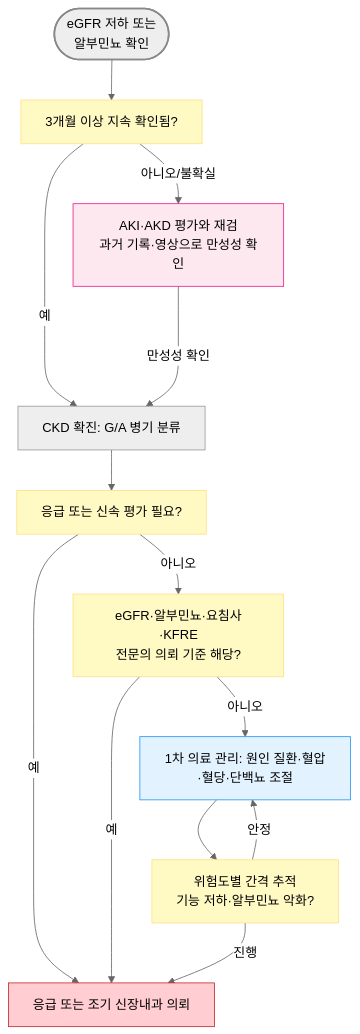
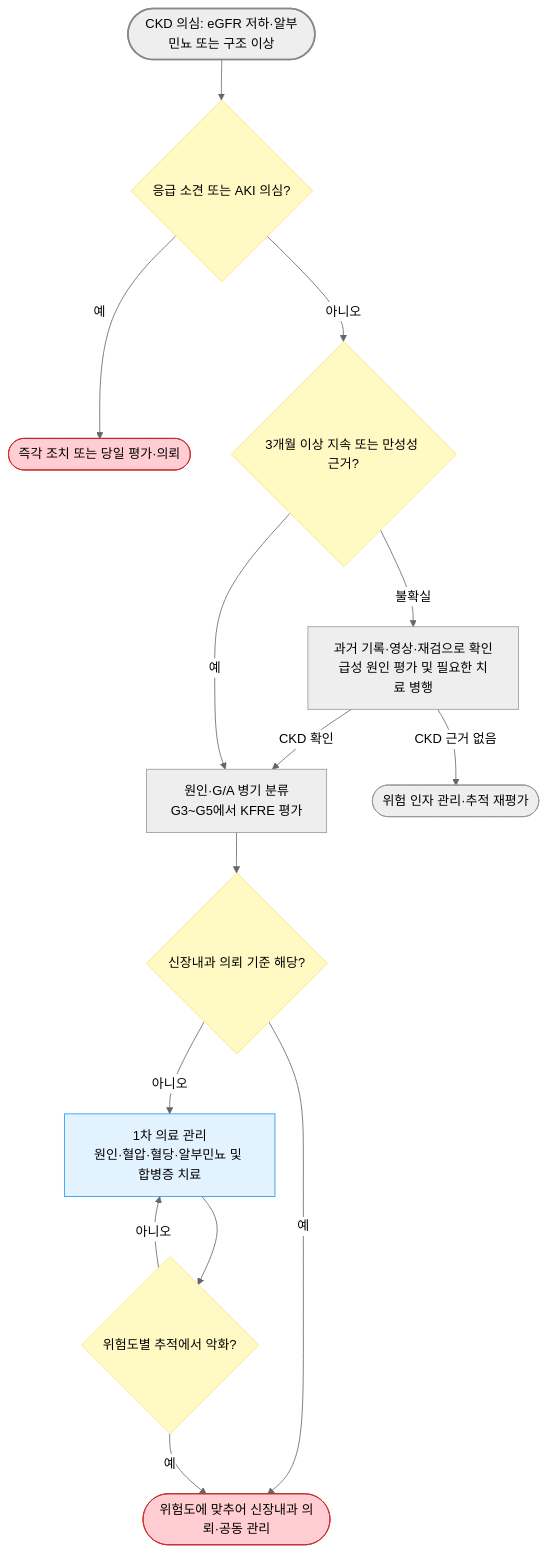
The diagram in 227_/112_-chronic-kidney-disease-ckd.md (familyoh77/familyoh77), drawn with Mermaid (neutral theme) before and after one commit. The commit also changed other lines of this file and 7 other files, not shown here.

````diff
--- a/227_/112_-chronic-kidney-disease-ckd.md
+++ b/227_/112_-chronic-kidney-disease-ckd.md
@@ -182,22 +180,22 @@
 ```mermaid
-graph TD
-    A([eGFR 저하 또는 <br/>알부민뇨 확인]) --> B[3개월 이상 지속 확인됨?]
-    B -- 아니오/불확실 --> C[AKI·AKD 평가와 재검<br/>과거 기록·영상으로 만성성 확인]
-    B -- 예 --> D[CKD 확진: G/A 병기 분류]
-    D --> E[응급 또는 신속 평가 필요?]
-    E -- 예 --> F[응급 또는 조기 신장내과 의뢰]
-    E -- 아니오 --> G[eGFR·알부민뇨·요침사·KFRE<br/>전문의 의뢰 기준 해당?]
-    G -- 예 --> F
-    G -- 아니오 --> H[1차 의료 관리: 원인 질환·혈압·혈당·단백뇨 조절]
-    H --> I[위험도별 간격 추적<br/>기능 저하·알부민뇨 악화?]
-    I -- 진행 --> F
-    I -- 안정 --> H
-    C --->|만성성 확인| D
-
-style A fill:#eeeeee,stroke:#888888,stroke-width:2px
-classDef yellow fill:#fff9c4,stroke:#ffe082
-class B,E,G,I yellow
-style H fill:#e3f2ff,stroke:#2196f3
-style C fill:#fde8f0,stroke:#e91e8c
-style F fill:#ffcdd2,stroke:#c62828
+flowchart TD
+    A(["CKD 의심: eGFR 저하·알부민뇨 또는 구조 이상"]) --> B{"응급 소견 또는 AKI 의심?"}
+    B -- 예 --> C(["즉각 조치 또는 당일 평가·의뢰"])
+    B -- 아니오 --> D{"3개월 이상 지속 또는 만성성 근거?"}
+    D -- 불확실 --> E["과거 기록·영상·재검으로 확인<br/>급성 원인 평가 및 필요한 치료 병행"]
+    E -- CKD 확인 --> F["원인·G/A 병기 분류<br/>G3~G5에서 KFRE 평가"]
+    D -- 예 --> F
+    E -- CKD 근거 없음 --> J(["위험 인자 관리·추적 재평가"])
+    F --> G{"신장내과 의뢰 기준 해당?"}
+    G -- 예 --> H(["위험도에 맞추어 신장내과 의뢰·공동 관리"])
+    G -- 아니오 --> I["1차 의료 관리<br/>원인·혈압·혈당·알부민뇨 및 합병증 치료"]
+    I --> K{"위험도별 추적에서 악화?"}
+    K -- 예 --> H
+    K -- 아니오 --> I
+    classDef decision fill:#fff9c4,stroke:#ffe082
+    class B,D,G,K decision
+    style A fill:#eeeeee,stroke:#888888,stroke-width:2px
+    style C fill:#ffcdd2,stroke:#c62828
+    style H fill:#ffcdd2,stroke:#c62828
+    style I fill:#e3f2ff,stroke:#2196f3
 ```
````
